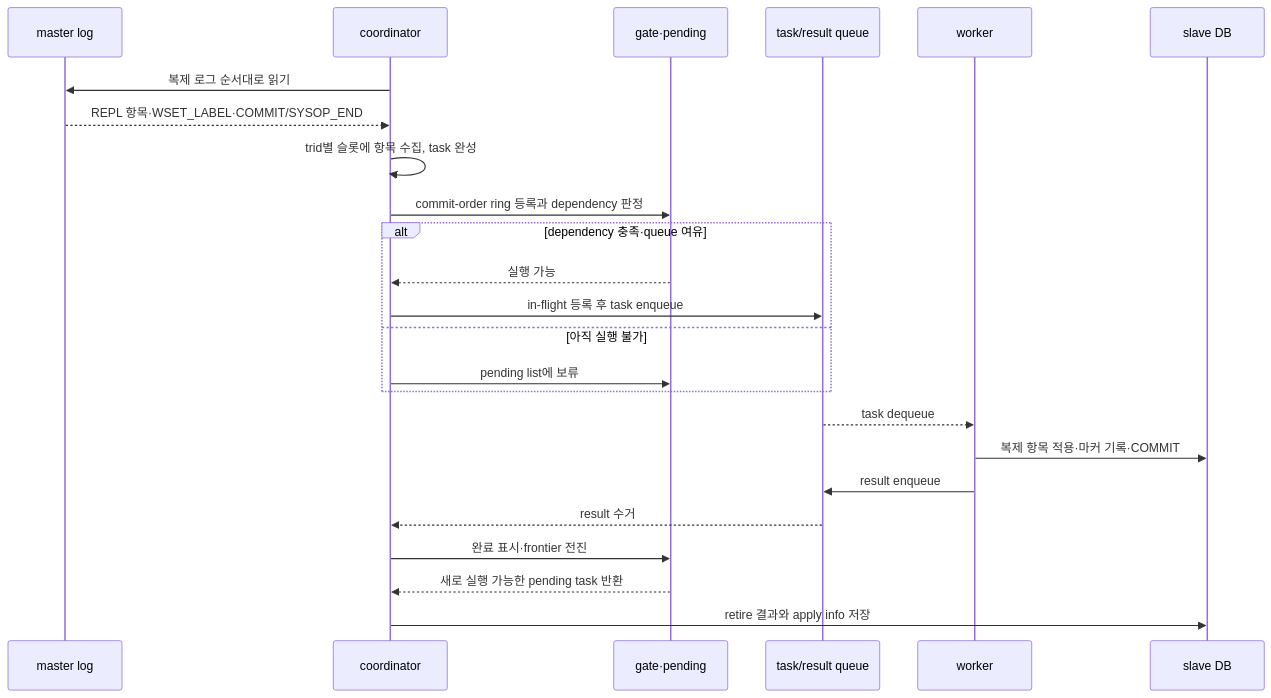
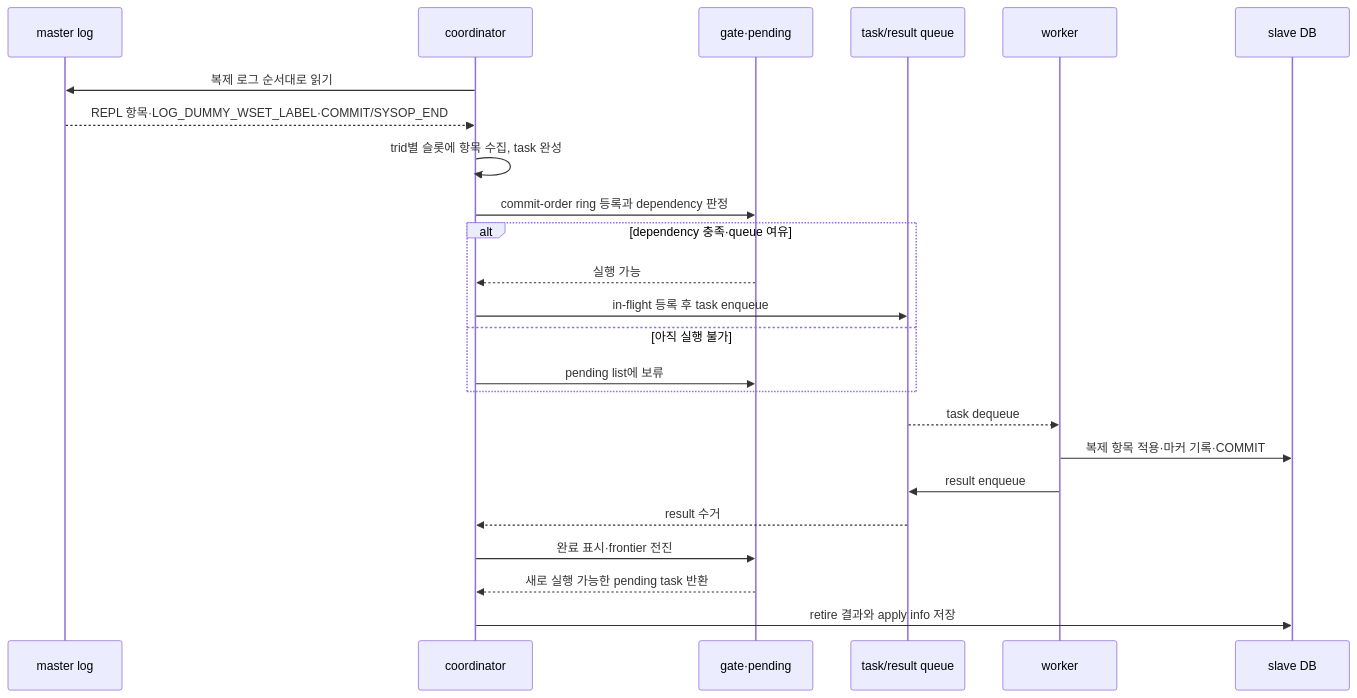
Before and after one commit to youngjun9072/Workspace: the first of 8 diagrams in writeset-design/_impl/02-slave-implementation-design.md, drawn with Mermaid. The commit also changed other lines of this file and 61 other files, not shown here.

````diff
--- a/writeset-design/_impl/02-slave-implementation-design.md
+++ b/writeset-design/_impl/02-slave-implementation-design.md
@@ -22,27 +22,27 @@
 ```mermaid
 sequenceDiagram
   participant M as master log
   participant C as coordinator
   participant P as gate·pending
   participant Q as task/result queue
   participant W as worker
   participant D as slave DB
 
   C->>M: 복제 로그 순서대로 읽기
-  M-->>C: REPL 항목·WSET_LABEL·COMMIT/SYSOP_END
+  M-->>C: REPL 항목·LOG_DUMMY_WSET_LABEL·COMMIT/SYSOP_END
   C->>C: trid별 슬롯에 항목 수집, task 완성
   C->>P: commit-order ring 등록과 dependency 판정
   alt dependency 충족·queue 여유
     P-->>C: 실행 가능
     C->>Q: in-flight 등록 후 task enqueue
   else 아직 실행 불가
     C->>P: pending list에 보류
   end
   Q-->>W: task dequeue
   W->>D: 복제 항목 적용·마커 기록·COMMIT
   W->>Q: result enqueue
   Q-->>C: result 수거
   C->>P: 완료 표시·frontier 전진
   P-->>C: 새로 실행 가능한 pending task 반환
   C->>D: retire 결과와 apply info 저장
 ```
````
